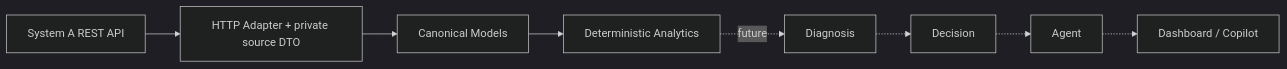
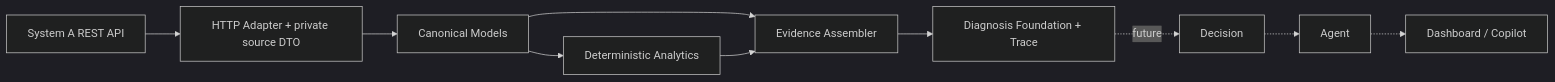
One commit to TiezhuHao/overdue-po-copilot changed the diagram in docs/system-b-architecture.md. Above: the diagram before and after it, drawn with Mermaid (dark theme). The commit also changed other lines of this file and 8 other files, not shown here.

Commit message:
feat: add evidence-based diagnosis foundation

````diff
--- a/docs/system-b-architecture.md
+++ b/docs/system-b-architecture.md
@@ -27,10 +27,12 @@
 ```mermaid
 flowchart LR
     A[System A REST API] --> Adapter[HTTP Adapter + private source DTO]
     Adapter --> Canonical[Canonical Models]
     Canonical --> Analytics[Deterministic Analytics]
-    Analytics -. future .-> Diagnosis[Diagnosis]
-    Diagnosis -.-> Decision[Decision]
+    Canonical --> Assembler[Evidence Assembler]
+    Analytics --> Assembler
+    Assembler --> Diagnosis[Diagnosis Foundation + Trace]
+    Diagnosis -. future .-> Decision[Decision]
     Decision -.-> Agent[Agent]
     Agent -.-> Frontend[Dashboard / Copilot]
 ```
````
